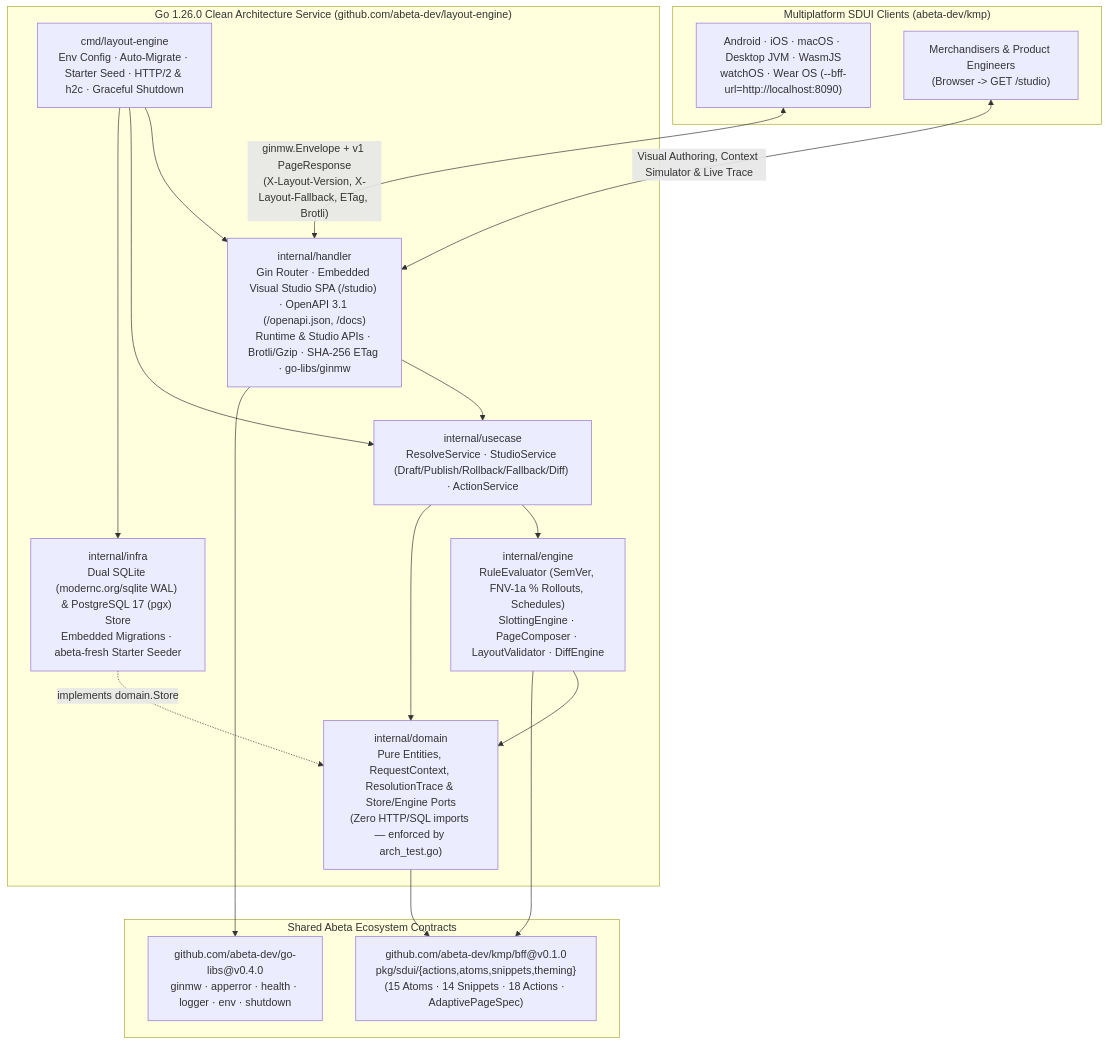
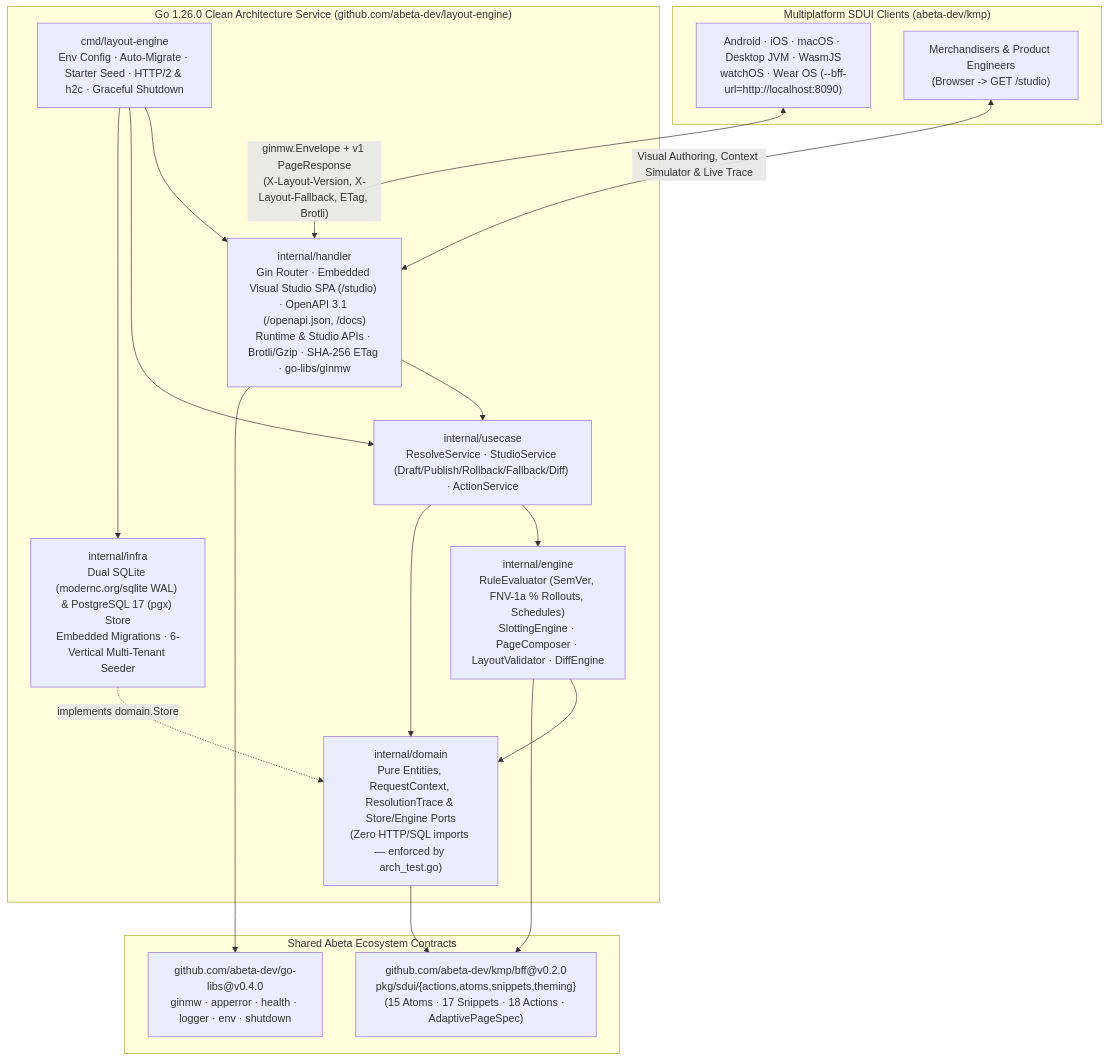
One commit to Abeta-dev/layout-engine changed the diagram in README.md. Above: the diagram before and after it, drawn with Mermaid. The commit also changed other lines of this file and 27 other files, not shown here.

First line of the commit message:
feat(engine): upgrade to kmp/bff v0.2.0 (17 snippets) and seed all 6 vertical workspaces

````diff
--- a/README.md
+++ b/README.md
@@ -18,36 +18,36 @@
 ```mermaid
 flowchart TB
     subgraph Clients["Multiplatform SDUI Clients (abeta-dev/kmp)"]
         KMP["Android · iOS · macOS · Desktop JVM · WasmJS\nwatchOS · Wear OS (--bff-url=http://localhost:8090)"]
         STUDIO_USER["Merchandisers & Product Engineers\n(Browser -> GET /studio)"]
     end
 
     subgraph EngineApp["Go 1.26.0 Clean Architecture Service (github.com/abeta-dev/layout-engine)"]
         CMD["cmd/layout-engine\nEnv Config · Auto-Migrate · Starter Seed · HTTP/2 & h2c · Graceful Shutdown"]
         HANDLER["internal/handler\nGin Router · Embedded Visual Studio SPA (/studio) · OpenAPI 3.1 (/openapi.json, /docs)\nRuntime & Studio APIs · Brotli/Gzip · SHA-256 ETag · go-libs/ginmw"]
         USECASE["internal/usecase\nResolveService · StudioService (Draft/Publish/Rollback/Fallback/Diff) · ActionService"]
         ENGINE["internal/engine\nRuleEvaluator (SemVer, FNV-1a % Rollouts, Schedules)\nSlottingEngine · PageComposer · LayoutValidator · DiffEngine"]
         DOMAIN["internal/domain\nPure Entities, RequestContext, ResolutionTrace & Store/Engine Ports\n(Zero HTTP/SQL imports — enforced by arch_test.go)"]
-        INFRA["internal/infra\nDual SQLite (modernc.org/sqlite WAL) & PostgreSQL 17 (pgx) Store\nEmbedded Migrations · abeta-fresh Starter Seeder"]
+        INFRA["internal/infra\nDual SQLite (modernc.org/sqlite WAL) & PostgreSQL 17 (pgx) Store\nEmbedded Migrations · 6-Vertical Multi-Tenant Seeder"]
 
         CMD --> HANDLER
         CMD --> USECASE
         CMD --> INFRA
         HANDLER --> USECASE
         USECASE --> ENGINE
         USECASE --> DOMAIN
         ENGINE --> DOMAIN
         INFRA -. "implements domain.Store" .-> DOMAIN
     end
 
     subgraph Shared["Shared Abeta Ecosystem Contracts"]
-        KMP_WIRE["github.com/abeta-dev/kmp/bff@v0.1.0\npkg/sdui/{actions,atoms,snippets,theming}\n(15 Atoms · 14 Snippets · 18 Actions · AdaptivePageSpec)"]
+        KMP_WIRE["github.com/abeta-dev/kmp/bff@v0.2.0\npkg/sdui/{actions,atoms,snippets,theming}\n(15 Atoms · 17 Snippets · 18 Actions · AdaptivePageSpec)"]
         GOLIBS["github.com/abeta-dev/go-libs@v0.4.0\nginmw · apperror · health · logger · env · shutdown"]
     end
 
     KMP <-- "ginmw.Envelope + v1 PageResponse\n(X-Layout-Version, X-Layout-Fallback, ETag, Brotli)" --> HANDLER
     STUDIO_USER <-- "Visual Authoring, Context Simulator & Live Trace" --> HANDLER
     DOMAIN --> KMP_WIRE
     ENGINE --> KMP_WIRE
     HANDLER --> GOLIBS
 ```
````
